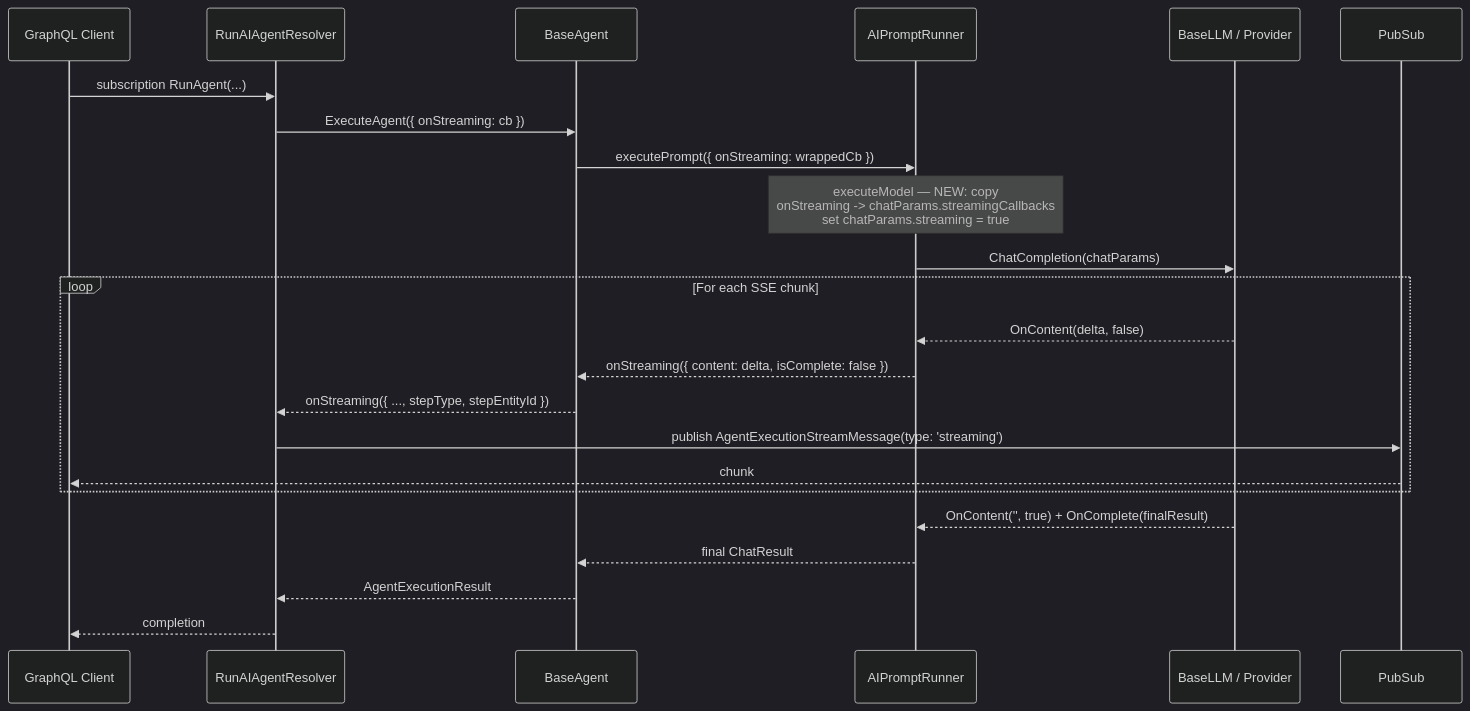
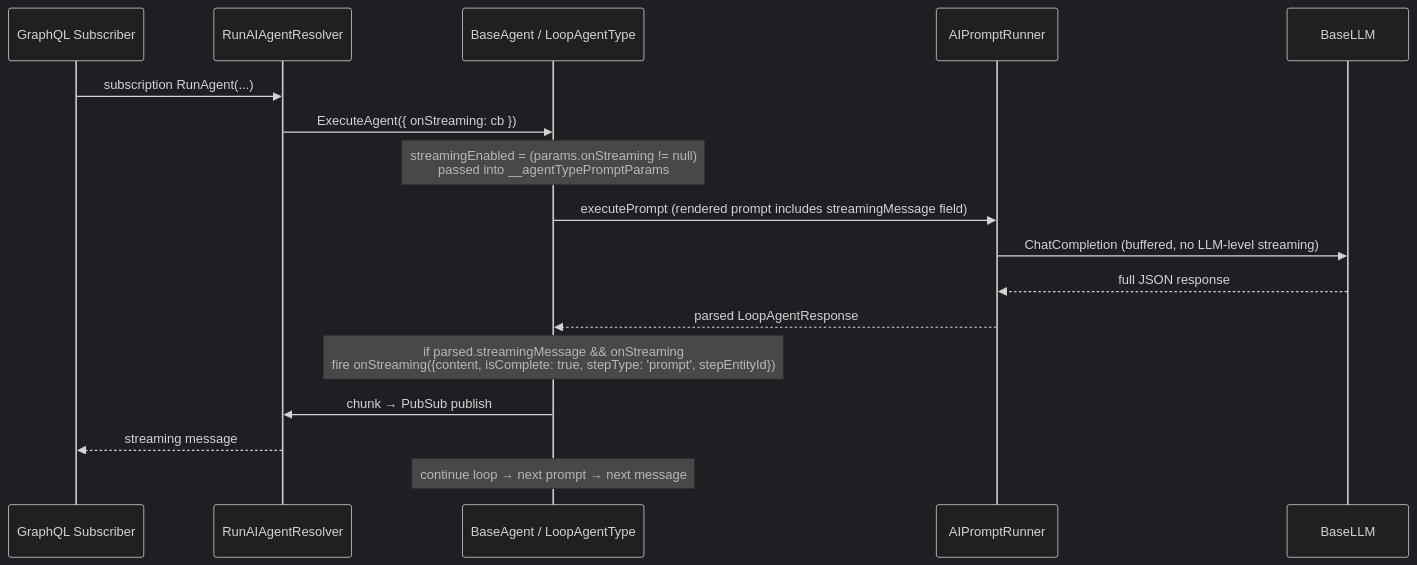
Before and after one commit to MemberJunction/MJ: the diagram in plans/agent-content-streaming.md, drawn with Mermaid (dark theme). The commit also changed other lines of this file, not shown here.

First line of the commit message:
Revise plan: agent inter-turn streaming messages

````diff
--- a/plans/agent-content-streaming.md
+++ b/plans/agent-content-streaming.md
@@ -51,26 +53,20 @@
 ```mermaid
 sequenceDiagram
-    participant Client as GraphQL Client
+    participant Client as GraphQL Subscriber
     participant Resolver as RunAIAgentResolver
-    participant Agent as BaseAgent
+    participant Agent as BaseAgent / LoopAgentType
     participant Prompt as AIPromptRunner
-    participant LLM as BaseLLM / Provider
-    participant Pub as PubSub
+    participant LLM as BaseLLM
 
     Client->>Resolver: subscription RunAgent(...)
     Resolver->>Agent: ExecuteAgent({ onStreaming: cb })
-    Agent->>Prompt: executePrompt({ onStreaming: wrappedCb })
-    Note over Prompt: executeModel — NEW: copy<br/>onStreaming -> chatParams.streamingCallbacks<br/>set chatParams.streaming = true
-    Prompt->>LLM: ChatCompletion(chatParams)
-    loop For each SSE chunk
-        LLM-->>Prompt: OnContent(delta, false)
-        Prompt-->>Agent: onStreaming({ content: delta, isComplete: false })
-        Agent-->>Resolver: onStreaming({ ..., stepType, stepEntityId })
-        Resolver->>Pub: publish AgentExecutionStreamMessage(type: 'streaming')
-        Pub-->>Client: chunk
-    end
-    LLM-->>Prompt: OnContent('', true) + OnComplete(finalResult)
-    Prompt-->>Agent: final ChatResult
-    Agent-->>Resolver: AgentExecutionResult
-    Resolver-->>Client: completion
+    Note over Agent: streamingEnabled = (params.onStreaming != null)<br/>passed into __agentTypePromptParams
+    Agent->>Prompt: executePrompt (rendered prompt includes streamingMessage field)
+    Prompt->>LLM: ChatCompletion (buffered, no LLM-level streaming)
+    LLM-->>Prompt: full JSON response
+    Prompt-->>Agent: parsed LoopAgentResponse
+    Note over Agent: if parsed.streamingMessage && onStreaming<br/>fire onStreaming({content, isComplete: true, stepType: 'prompt', stepEntityId})
+    Agent->>Resolver: chunk → PubSub publish
+    Resolver-->>Client: streaming message
+    Note over Agent: continue loop → next prompt → next message
 ```
````
